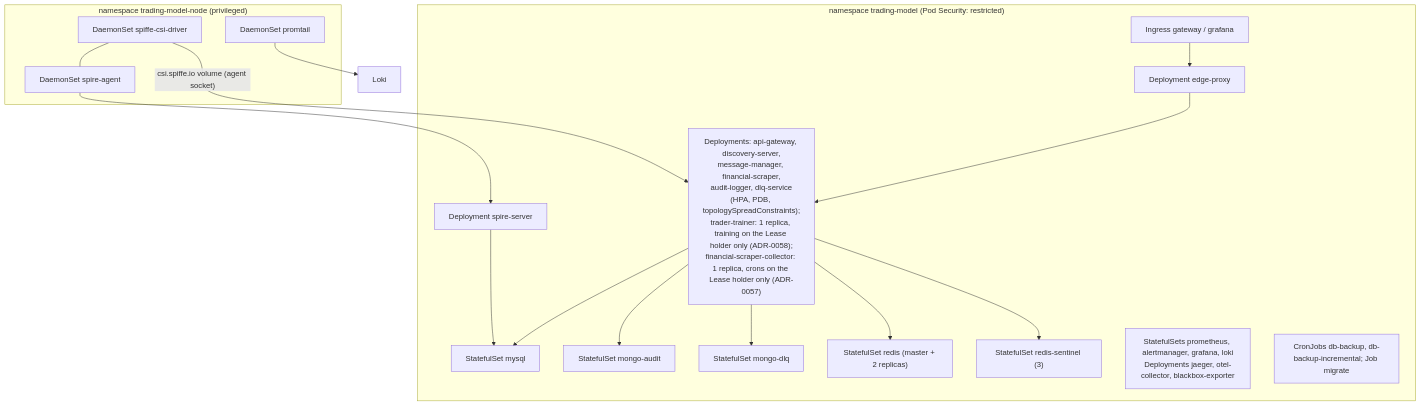
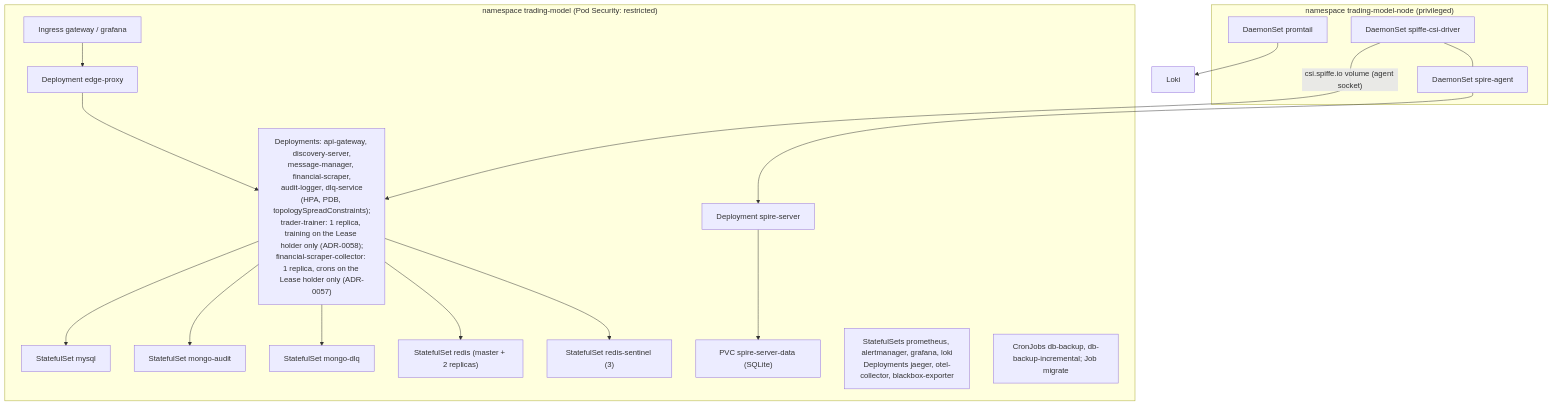
Before and after one commit to docteur-turboss/trading-model: the third of 4 diagrams in docs/architecture/system-overview.md, drawn with Mermaid. The commit also changed other lines of this file and 57 other files, not shown here.

First line of the commit message:
:sparkles:(k8s): move the SPIRE server datastore to SQLite on its own volume, SVID TTL 4 h (#820)

````diff
--- a/docs/architecture/system-overview.md
+++ b/docs/architecture/system-overview.md
@@ -78,24 +78,24 @@
 ```mermaid
 flowchart TB
   subgraph tm["namespace trading-model (Pod Security: restricted)"]
     ing["Ingress gateway / grafana"] --> edge["Deployment edge-proxy"]
     edge --> svc["Deployments: api-gateway, discovery-server,<br/>message-manager, financial-scraper,<br/>audit-logger, dlq-service<br/>(HPA, PDB, topologySpreadConstraints);<br/>trader-trainer: 1 replica, training on the Lease holder only (ADR-0058);<br/>financial-scraper-collector: 1 replica, crons on the Lease holder only (ADR-0057)"]
     svc --> mysql["StatefulSet mysql"]
     svc --> mA["StatefulSet mongo-audit"]
     svc --> mD["StatefulSet mongo-dlq"]
     svc --> rd["StatefulSet redis (master + 2 replicas)"]
     svc --> rs["StatefulSet redis-sentinel (3)"]
-    ss["Deployment spire-server"] --> mysql
+    ss["Deployment spire-server"] --> sspvc["PVC spire-server-data (SQLite)"]
     obs["StatefulSets prometheus, alertmanager, grafana, loki<br/>Deployments jaeger, otel-collector, blackbox-exporter"]
     jobs["CronJobs db-backup, db-backup-incremental; Job migrate"]
   end
   subgraph node["namespace trading-model-node (privileged)"]
     agent["DaemonSet spire-agent"]
     csi["DaemonSet spiffe-csi-driver"]
     pt["DaemonSet promtail"]
   end
   csi -->|"csi.spiffe.io volume (agent socket)"| svc
   agent --> ss
   csi --- agent
   pt --> loki["Loki"]
 ```
````
